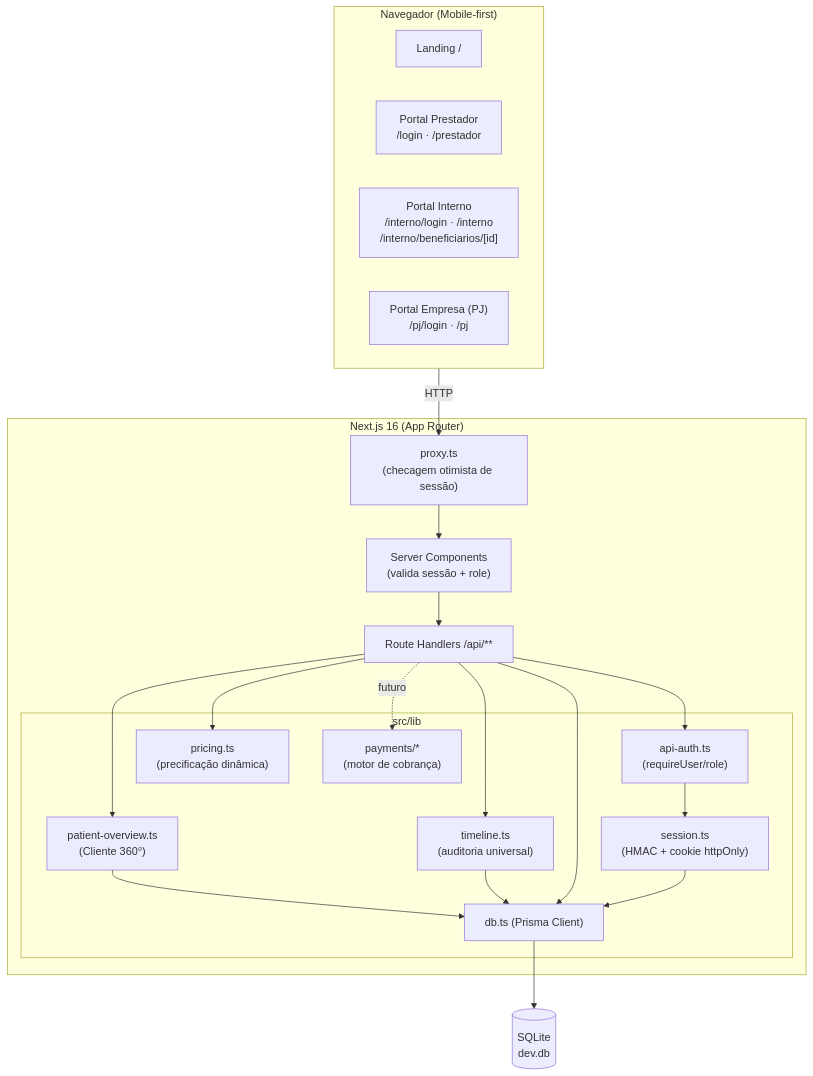
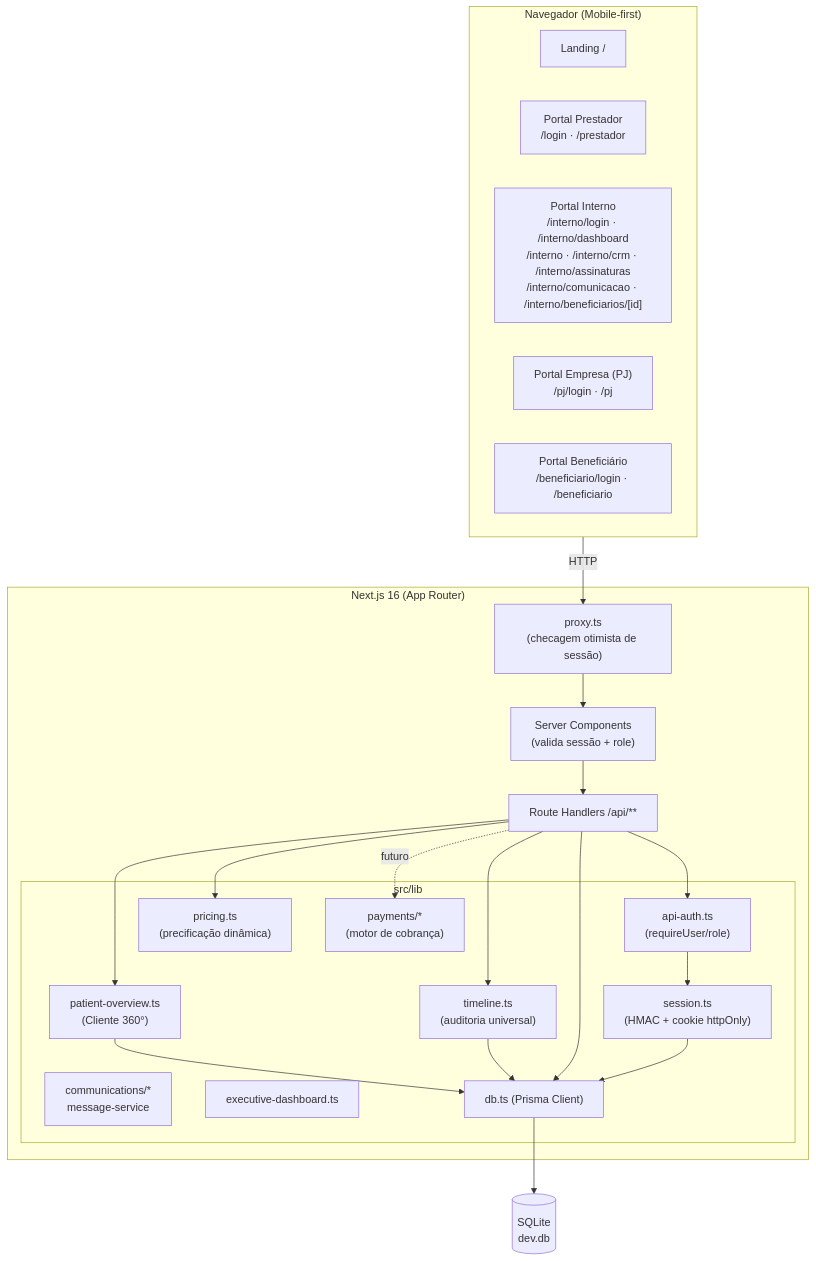
The first of 11 diagrams in docs/ARQUITETURA.md (Piulres/sistema-bibi), drawn with Mermaid before and after one commit. The commit also changed 21 other files, not shown here.

````diff
--- a/docs/ARQUITETURA.md
+++ b/docs/ARQUITETURA.md
@@ -11,36 +11,39 @@
 ```mermaid
 flowchart TB
   subgraph Cliente["Navegador (Mobile-first)"]
     Land["Landing /"]
     PortP["Portal Prestador<br/>/login · /prestador"]
-    PortI["Portal Interno<br/>/interno/login · /interno<br/>/interno/beneficiarios/[id]"]
+    PortI["Portal Interno<br/>/interno/login · /interno/dashboard<br/>/interno · /interno/crm · /interno/assinaturas<br/>/interno/comunicacao · /interno/beneficiarios/[id]"]
     PortPJ["Portal Empresa (PJ)<br/>/pj/login · /pj"]
+    PortBen["Portal Beneficiário<br/>/beneficiario/login · /beneficiario"]
   end
 
   subgraph Next["Next.js 16 (App Router)"]
     Proxy["proxy.ts<br/>(checagem otimista de sessão)"]
     Pages["Server Components<br/>(valida sessão + role)"]
     API["Route Handlers /api/**"]
     subgraph Lib["src/lib"]
       Sess["session.ts<br/>(HMAC + cookie httpOnly)"]
       Auth["api-auth.ts<br/>(requireUser/role)"]
       Price["pricing.ts<br/>(precificação dinâmica)"]
       Overview["patient-overview.ts<br/>(Cliente 360°)"]
       Timeline["timeline.ts<br/>(auditoria universal)"]
       Payments["payments/*<br/>(motor de cobrança)"]
+      Comms["communications/*<br/>message-service"]
+      Dashboard["executive-dashboard.ts"]
       DB["db.ts (Prisma Client)"]
     end
   end
 
   SQLite[("SQLite<br/>dev.db")]
 
   Cliente -->|HTTP| Proxy --> Pages
   Pages --> API
   API --> Auth --> Sess
   API --> Price
   API --> Overview --> DB
   API --> Timeline --> DB
   API -.->|futuro| Payments
   API --> DB --> SQLite
   Sess --> DB
 ```
````
